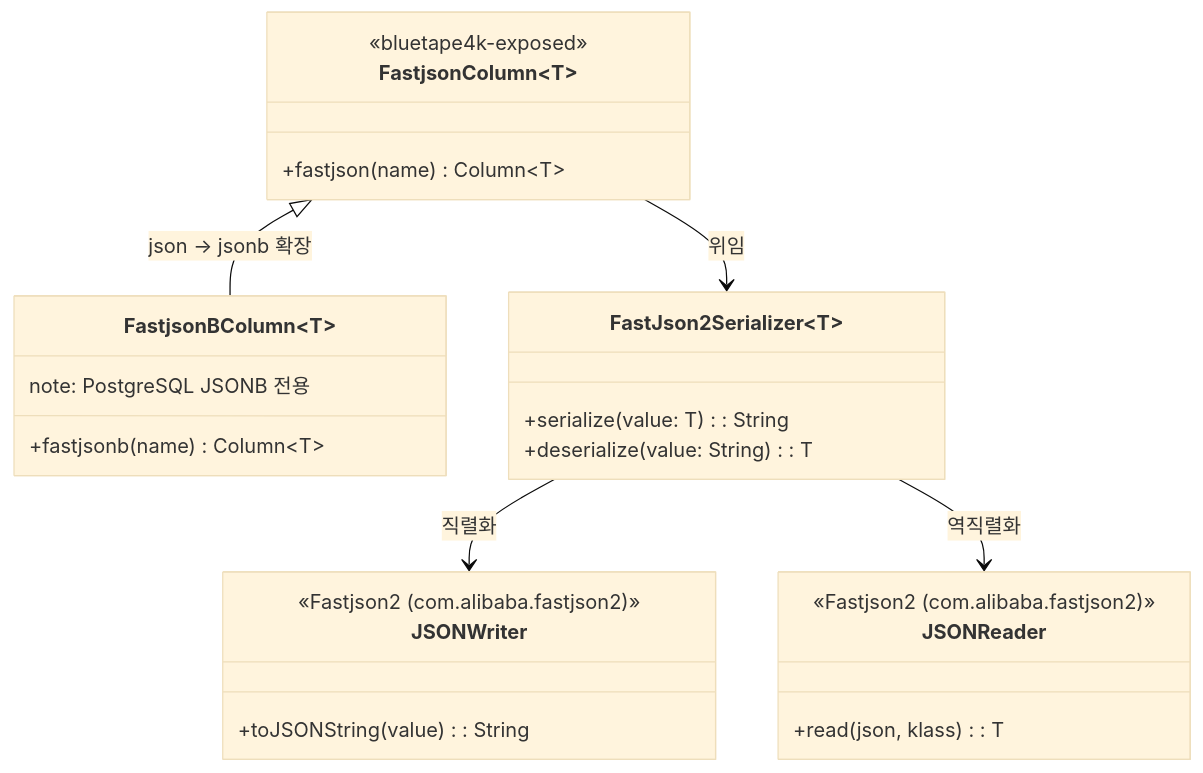
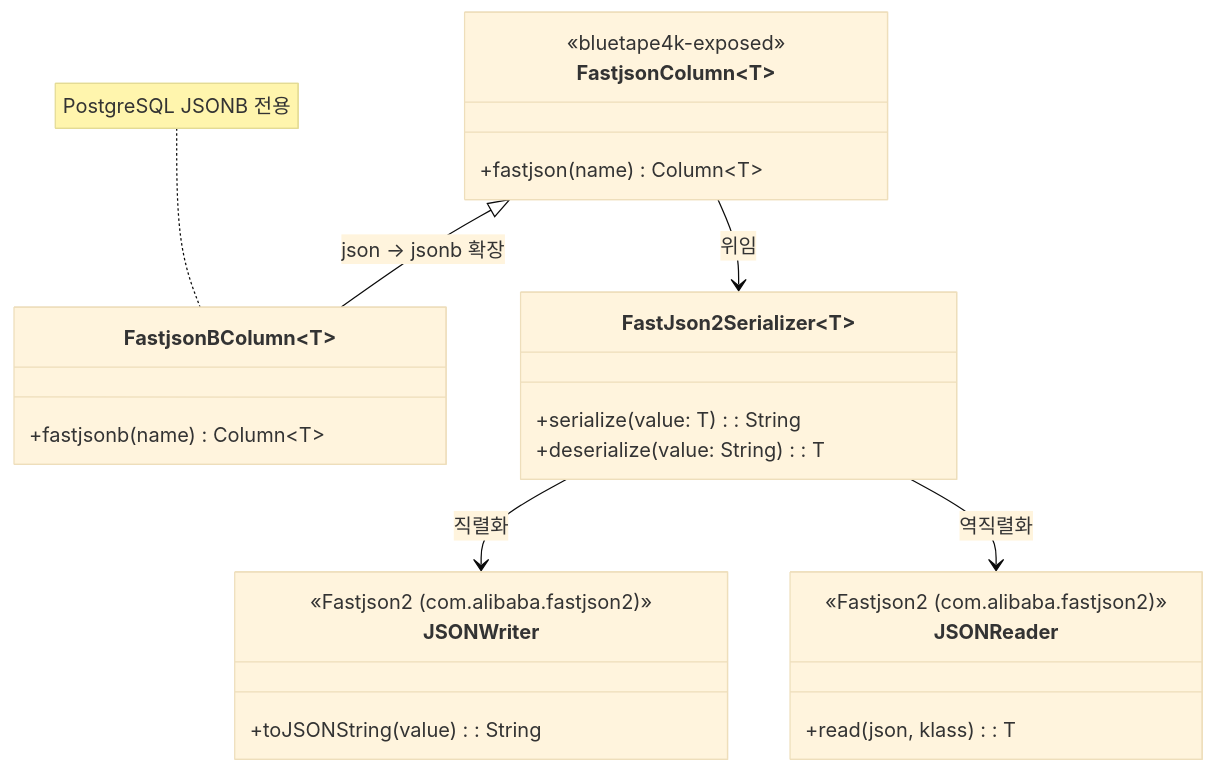
Before and after one commit to bluetape4k/exposed-r2dbc-workshop: the diagram in 06-advanced/09-exposed-r2dbc-fastjson2/README.md, drawn with Mermaid (base theme). The commit also changed 8 other files, not shown here.

First line of the commit message:
docs: Mermaid 다이어그램 note 속성 개선

````diff
--- a/06-advanced/09-exposed-r2dbc-fastjson2/README.md
+++ b/06-advanced/09-exposed-r2dbc-fastjson2/README.md
@@ -39,28 +39,28 @@
 ```mermaid
 classDiagram
     class FastjsonColumn~T~ {
         <<bluetape4k-exposed>>
         +fastjson(name) Column~T~
     }
     class FastjsonBColumn~T~ {
         +fastjsonb(name) Column~T~
-        note: PostgreSQL JSONB 전용
     }
+    note for FastjsonBColumn "PostgreSQL JSONB 전용"
     class FastJson2Serializer~T~ {
         +serialize(value: T): String
         +deserialize(value: String): T
     }
     class JSONWriter {
         <<Fastjson2 (com.alibaba.fastjson2)>>
         +toJSONString(value): String
     }
     class JSONReader {
         <<Fastjson2 (com.alibaba.fastjson2)>>
         +read(json, klass): T
     }
 
     FastjsonColumn <|-- FastjsonBColumn : json → jsonb 확장
     FastjsonColumn --> FastJson2Serializer : 위임
     FastJson2Serializer --> JSONWriter : 직렬화
     FastJson2Serializer --> JSONReader : 역직렬화
 ```
````
